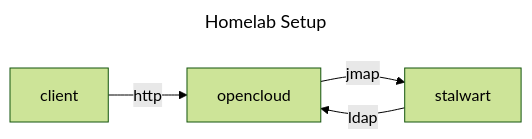
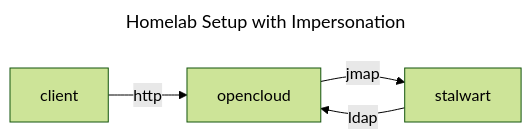
The second of 3 diagrams in services/groupware/DEVELOPER.md (puredomain/opencloud), drawn with Mermaid (forest theme) before and after one commit. The commit also changed other lines of this file and 2 other files, not shown here.

````diff
--- a/services/groupware/DEVELOPER.md
+++ b/services/groupware/DEVELOPER.md
@@ -206,14 +231,13 @@
 ```mermaid
 ---
-title: Homelab Setup
+title: Homelab Setup with Impersonation
 ---
 flowchart LR
   oc["`opencloud`"]
   c["client"]
   st["`stalwart`"]
 
   c -- http --> oc
   oc -- jmap --> st
   st -- ldap --> oc
-
 ```
````
